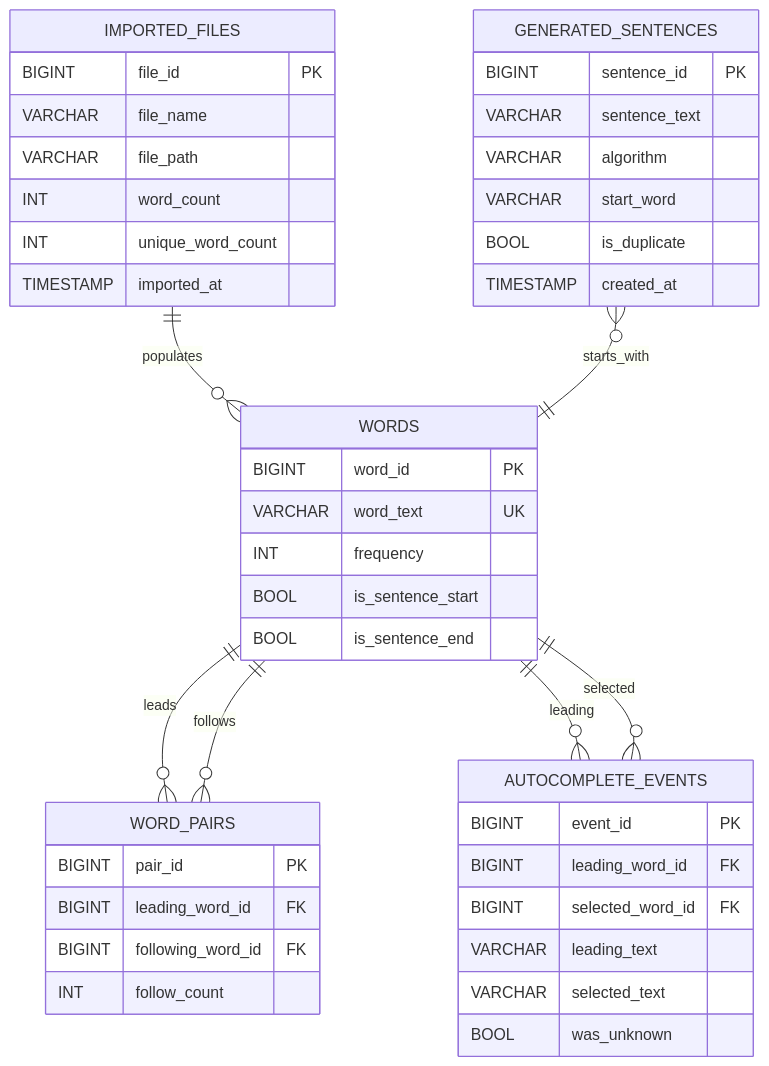
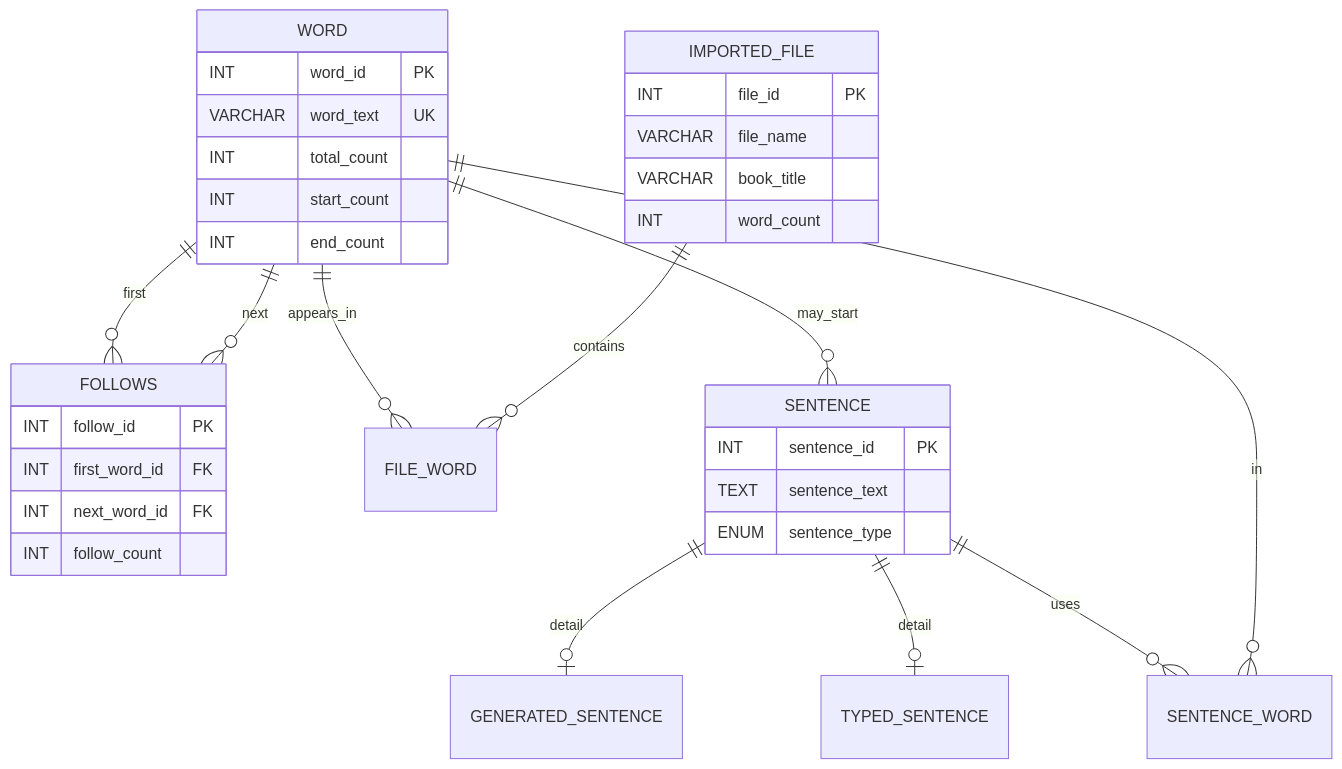
The diagram in db/ER.md (CSpanda1/Sentence-Builder-Project), drawn with Mermaid before and after one commit. The commit also changed other lines of this file and 24 other files, not shown here.

Commit message:
Integrate Ahmed import, Umair schema/generators, and project book UI.

````diff
--- a/db/ER.md
+++ b/db/ER.md
@@ -7,51 +6,37 @@
 ```mermaid
 erDiagram
-    WORDS ||--o{ WORD_PAIRS : "leads"
-    WORDS ||--o{ WORD_PAIRS : "follows"
-    WORDS ||--o{ AUTOCOMPLETE_EVENTS : "leading"
-    WORDS ||--o{ AUTOCOMPLETE_EVENTS : "selected"
-    IMPORTED_FILES ||--o{ WORDS : "populates"
-    GENERATED_SENTENCES }o--|| WORDS : "starts_with"
+    WORD ||--o{ FOLLOWS : "first"
+    WORD ||--o{ FOLLOWS : "next"
+    WORD ||--o{ FILE_WORD : "appears_in"
+    IMPORTED_FILE ||--o{ FILE_WORD : "contains"
+    WORD ||--o{ SENTENCE : "may_start"
+    SENTENCE ||--o| GENERATED_SENTENCE : "detail"
+    SENTENCE ||--o| TYPED_SENTENCE : "detail"
+    SENTENCE ||--o{ SENTENCE_WORD : "uses"
+    WORD ||--o{ SENTENCE_WORD : "in"
 
-    WORDS {
-        BIGINT word_id PK
+    WORD {
+        INT word_id PK
         VARCHAR word_text UK
-        INT frequency
-        BOOL is_sentence_start
-        BOOL is_sentence_end
+        INT total_count
+        INT start_count
+        INT end_count
     }
-
-    WORD_PAIRS {
-        BIGINT pair_id PK
-        BIGINT leading_word_id FK
-        BIGINT following_word_id FK
+    FOLLOWS {
+        INT follow_id PK
+        INT first_word_id FK
+        INT next_word_id FK
         INT follow_count
     }
-
-    IMPORTED_FILES {
-        BIGINT file_id PK
+    IMPORTED_FILE {
+        INT file_id PK
         VARCHAR file_name
-        VARCHAR file_path
+        VARCHAR book_title
         INT word_count
-        INT unique_word_count
-        TIMESTAMP imported_at
     }
-
-    GENERATED_SENTENCES {
-        BIGINT sentence_id PK
-        VARCHAR sentence_text
-        VARCHAR algorithm
-        VARCHAR start_word
-        BOOL is_duplicate
-        TIMESTAMP created_at
-    }
-
-    AUTOCOMPLETE_EVENTS {
-        BIGINT event_id PK
-        BIGINT leading_word_id FK
-        BIGINT selected_word_id FK
-        VARCHAR leading_text
-        VARCHAR selected_text
-        BOOL was_unknown
+    SENTENCE {
+        INT sentence_id PK
+        TEXT sentence_text
+        ENUM sentence_type
     }
 ```
````
